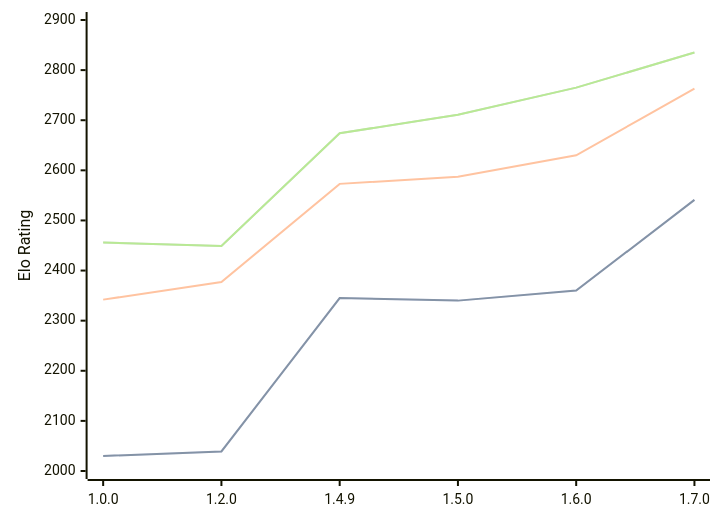
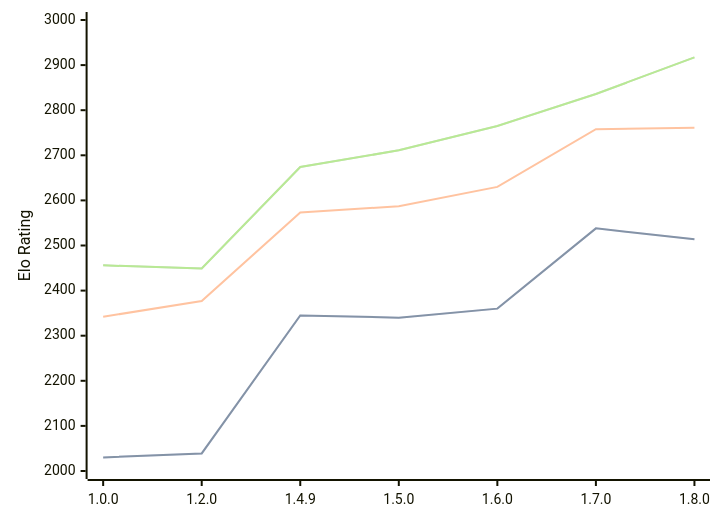
One commit to computer-chess-index/cci changed the third of 3 diagrams in engines/Basilisk.md. Above: the diagram before and after it, drawn with Mermaid. The commit also changed other lines of this file, not shown here.

Commit message:
Update CCI Ratings (ELO VLTC) - 2026-07-12

````diff
--- a/engines/Basilisk.md
+++ b/engines/Basilisk.md
@@ -84,11 +84,11 @@
 ```mermaid
 %%{init: {"theme":"base","themeVariables":{"seriesColors:['#a3a3a3','#222221','#faa371']}}}%%
 xychart-beta
-  x-axis ["1.0.0", "1.2.0", "1.4.9", "1.5.0", "1.6.0", "1.7.0"]
-  y-axis "Elo Rating" 2000 --> 2900
-  line "STC (8.0+0.08s)" [2030, 2039, 2345, 2340, 2360, 2541]
-  line "STC (8.0+0.08s)" [2030, 2039, 2345, 2340, 2360, 2541]
-  line "LTC (60.0+0.60s)" [2342, 2377, 2573, 2587, 2630, 2763]
-  line "VLTC (2m24s+1.12s)" [2456, 2449, 2674, 2711, 2765, 2835]
-  line "VLTC (2m24s+1.12s)" [2456, 2449, 2674, 2711, 2765, 2835]
+  x-axis ["1.0.0", "1.2.0", "1.4.9", "1.5.0", "1.6.0", "1.7.0", "1.8.0"]
+  y-axis "Elo Rating" 2000 --> 3000
+  line "STC (8.0+0.08s)" [2030, 2039, 2345, 2340, 2360, 2538, 2514]
+  line "STC (8.0+0.08s)" [2030, 2039, 2345, 2340, 2360, 2538, 2514]
+  line "LTC (60.0+0.60s)" [2342, 2377, 2573, 2587, 2630, 2758, 2761]
+  line "VLTC (2m24s+1.12s)" [2456, 2449, 2674, 2711, 2765, 2836, 2917]
+  line "VLTC (2m24s+1.12s)" [2456, 2449, 2674, 2711, 2765, 2836, 2917]
 ```
````
